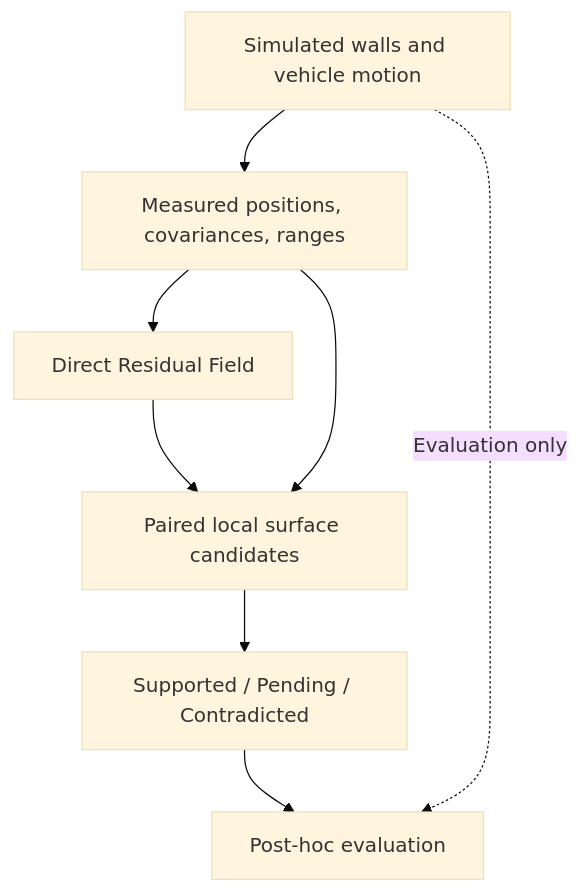
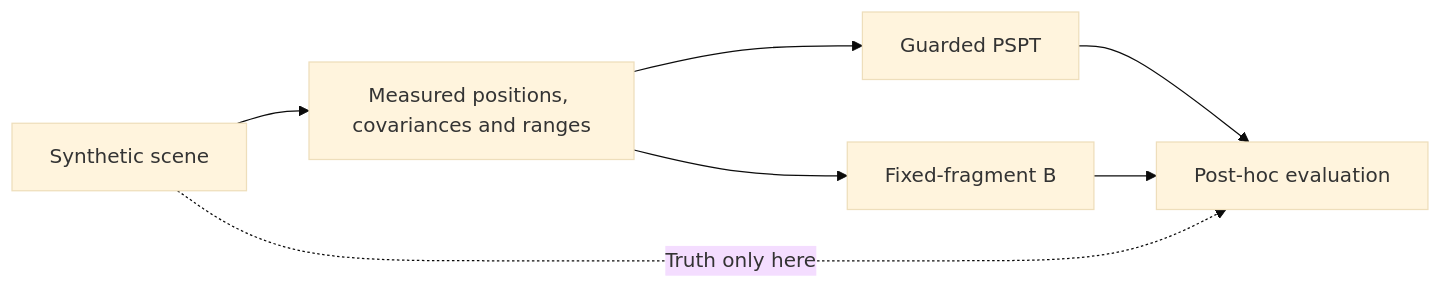
One commit to woqhrl9494-cell/corridor-mapper changed the diagram in README.md. Above: the diagram before and after it, drawn with Mermaid (base theme). The commit also changed other lines of this file and 30 other files, not shown here.

````diff
--- a/README.md
+++ b/README.md
@@ -21,10 +57,9 @@
 ```mermaid
-flowchart TB
-    W[Simulated walls and vehicle motion] --> M[Measured positions, covariances, ranges]
-    M --> D[Direct Residual Field]
-    D --> P[Paired local surface candidates]
-    M --> P
-    P --> O[Supported / Pending / Contradicted]
-    O --> E[Post-hoc evaluation]
-    W -. Evaluation only .-> E
+flowchart LR
+    S["Synthetic scene"] --> M["Measured positions, covariances and ranges"]
+    M --> P["Guarded PSPT"]
+    M --> B["Fixed-fragment B"]
+    P --> E["Post-hoc evaluation"]
+    B --> E
+    S -. "Truth only here" .-> E
 ```
````
